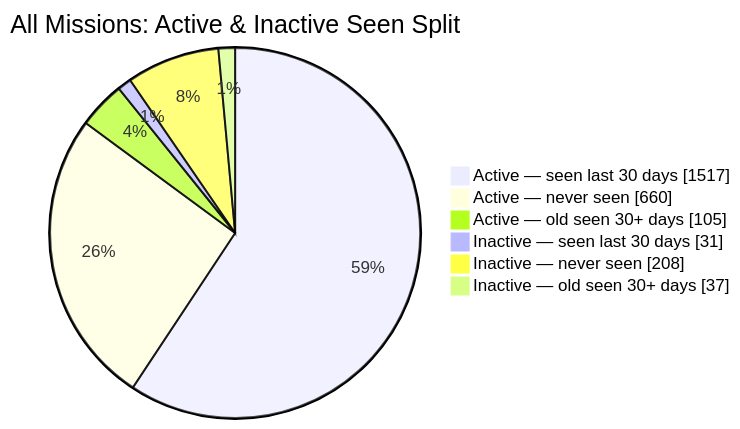
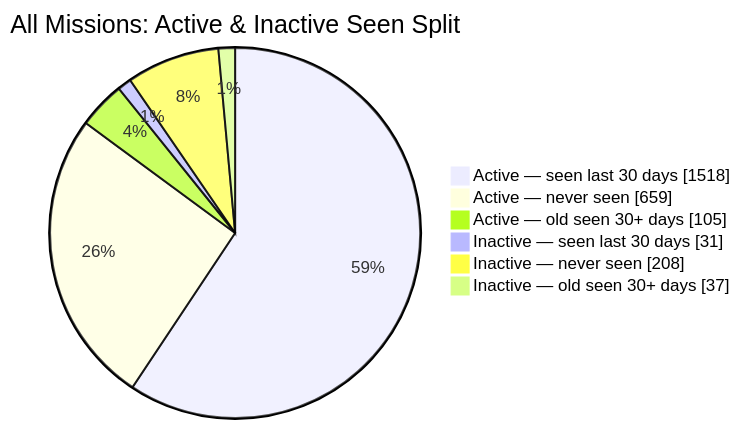
Before and after one commit to MeldkamerspelGameTeam/active-missions: the second of 2 diagrams in README.md, drawn with Mermaid. The commit also changed other lines of this file and 2 other files, not shown here.

````diff
--- a/README.md
+++ b/README.md
@@ -44,10 +44,10 @@
 ```mermaid
 pie showData
     title All Missions: Active & Inactive Seen Split
-    "Active — seen last 30 days" : 1517
-    "Active — never seen" : 660
+    "Active — seen last 30 days" : 1518
+    "Active — never seen" : 659
     "Active — old seen 30+ days" : 105
     "Inactive — seen last 30 days" : 31
     "Inactive — never seen" : 208
     "Inactive — old seen 30+ days" : 37
 ```
````
